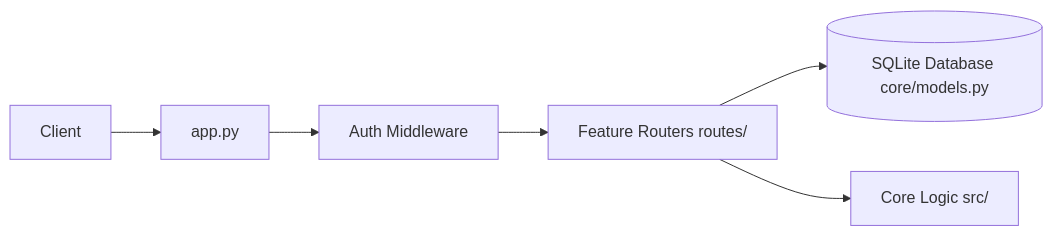
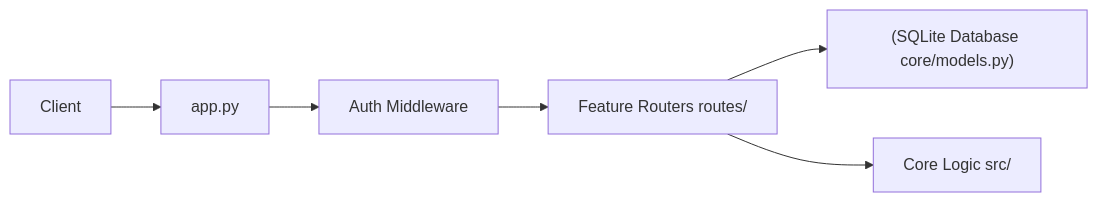
One commit to odysseus-dev/odysseus changed the sixth of 27 diagrams in docs/ARCHITECTURE.md. Above: the diagram before and after it, drawn with Mermaid. The commit also changed other lines of this file and 1 other file, not shown here.

First line of the commit message:
docs: perfect architecture document file references, formatting, and diagrams

````diff
--- a/docs/ARCHITECTURE.md
+++ b/docs/ARCHITECTURE.md
@@ -1460,8 +1474,8 @@
 ```mermaid
 graph LR
-    Client --> FastAPI[app.py]
-    FastAPI --> Auth[Auth Middleware]
-    Auth --> Routers[Feature Routers routes/]
-    Routers --> DB[(SQLite Database core/models.py)]
-    Routers --> Logic[Core Logic src/]
+    Client --> FastAPI["app.py"]
+    FastAPI --> Auth["Auth Middleware"]
+    Auth --> Routers["Feature Routers routes/"]
+    Routers --> DB["(SQLite Database core/models.py)"]
+    Routers --> Logic["Core Logic src/"]
 ```
````
